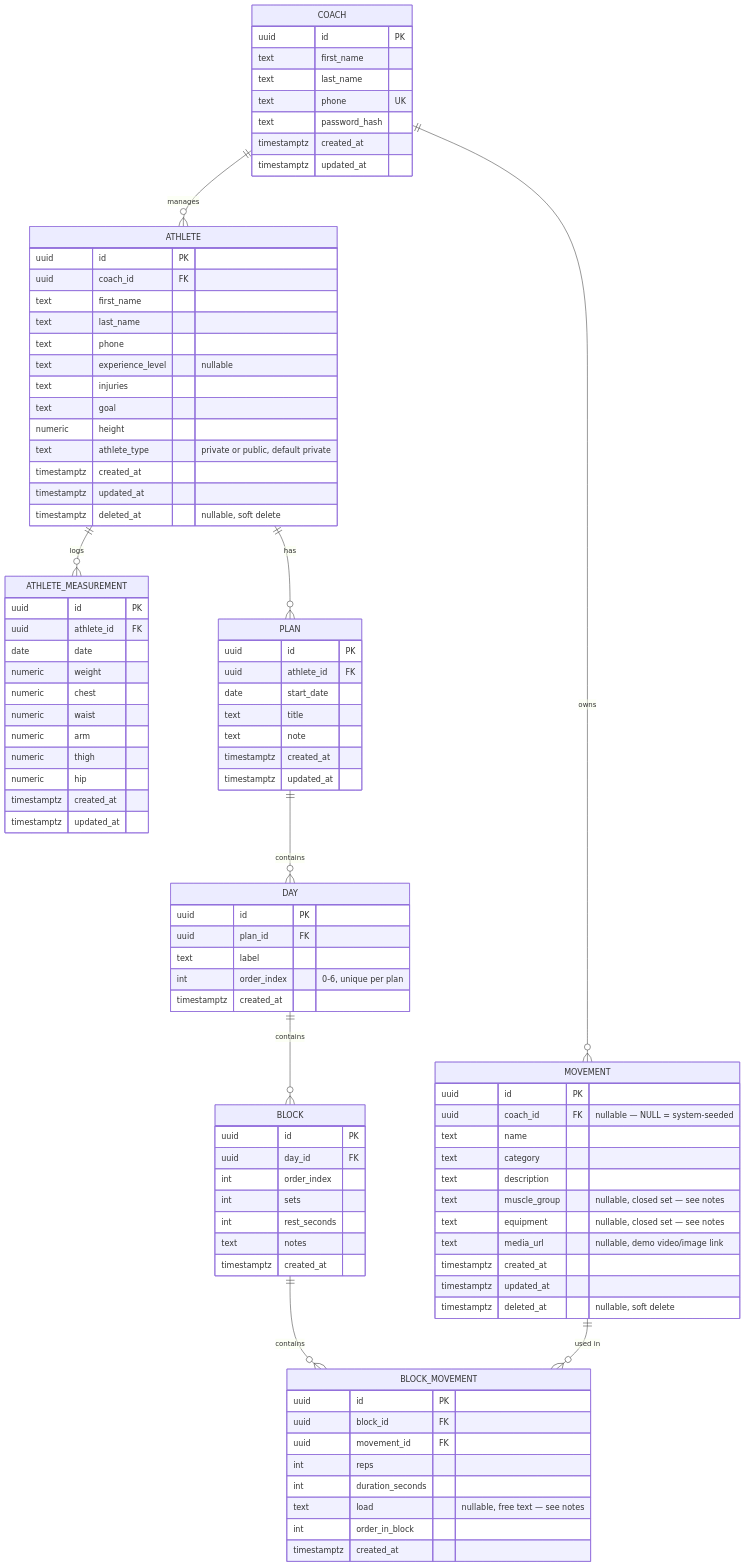
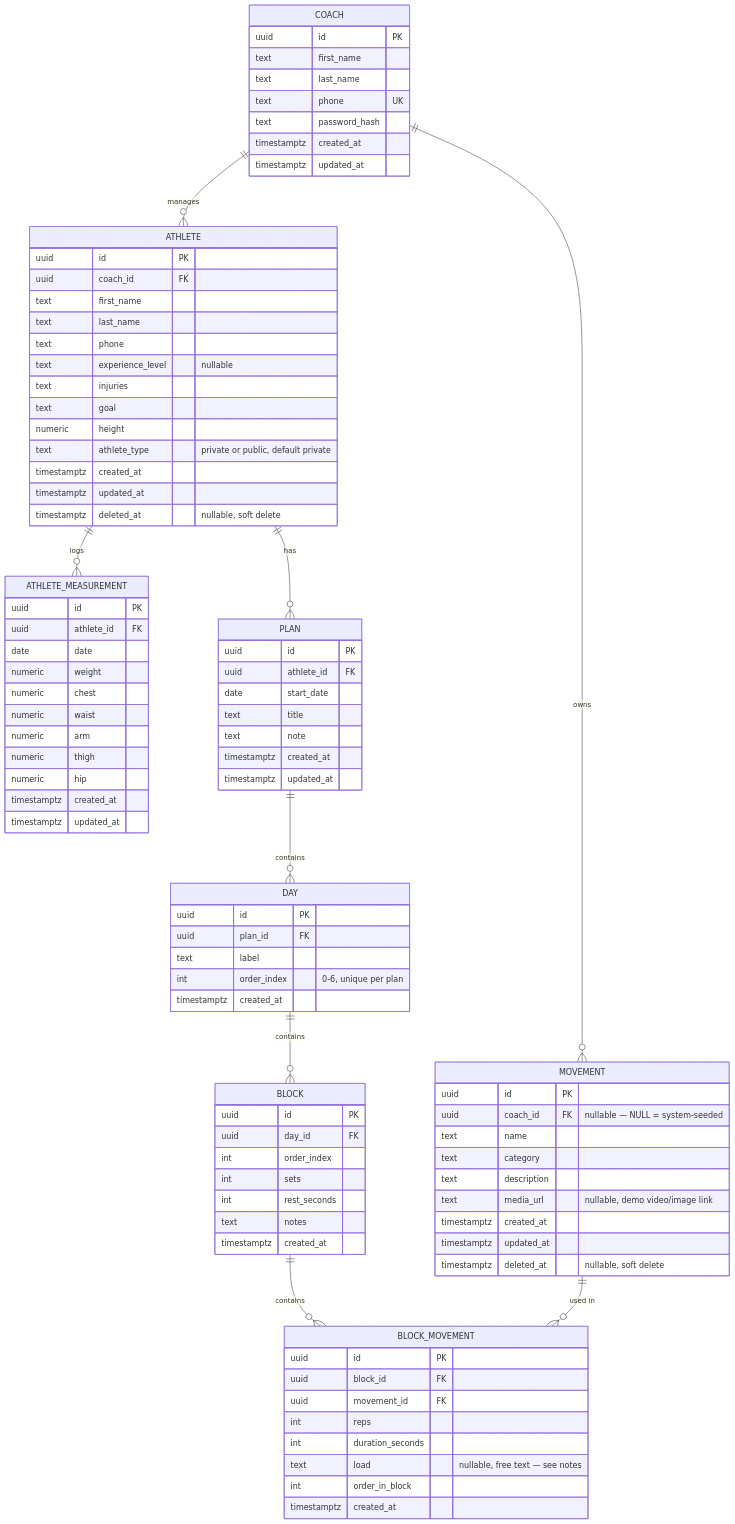
The diagram in docs/er-diagram.md (AbolfazlTayyar/GoGym), drawn with Mermaid before and after one commit. The commit also changed other lines of this file and 19 other files, not shown here.

Commit message:
feat(backend): drop movement muscle group and equipment filters

```diff
--- a/docs/er-diagram.md
+++ b/docs/er-diagram.md
@@ -103,8 +103,6 @@
         text name
         text category
         text description
-        text muscle_group "nullable, closed set — see notes"
-        text equipment "nullable, closed set — see notes"
         text media_url "nullable, demo video/image link"
         timestamptz created_at
         timestamptz updated_at
```
